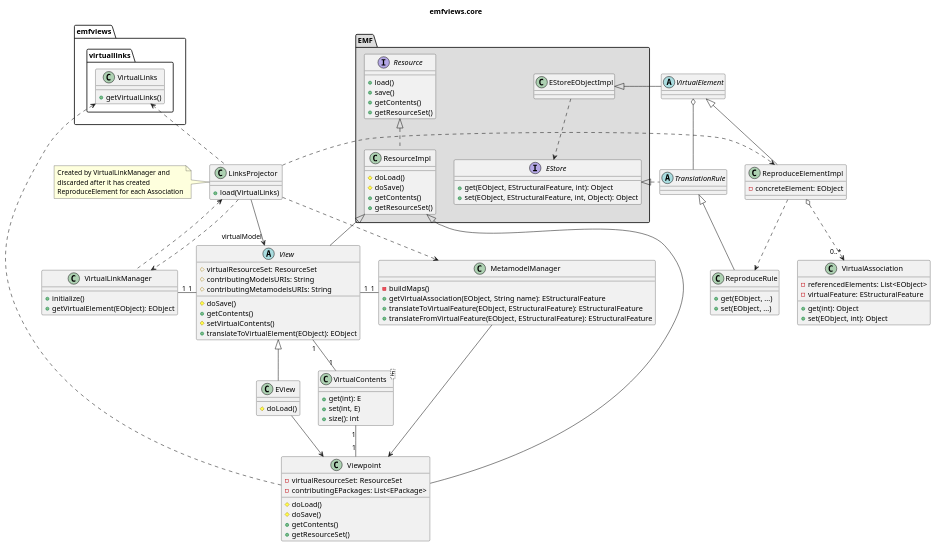
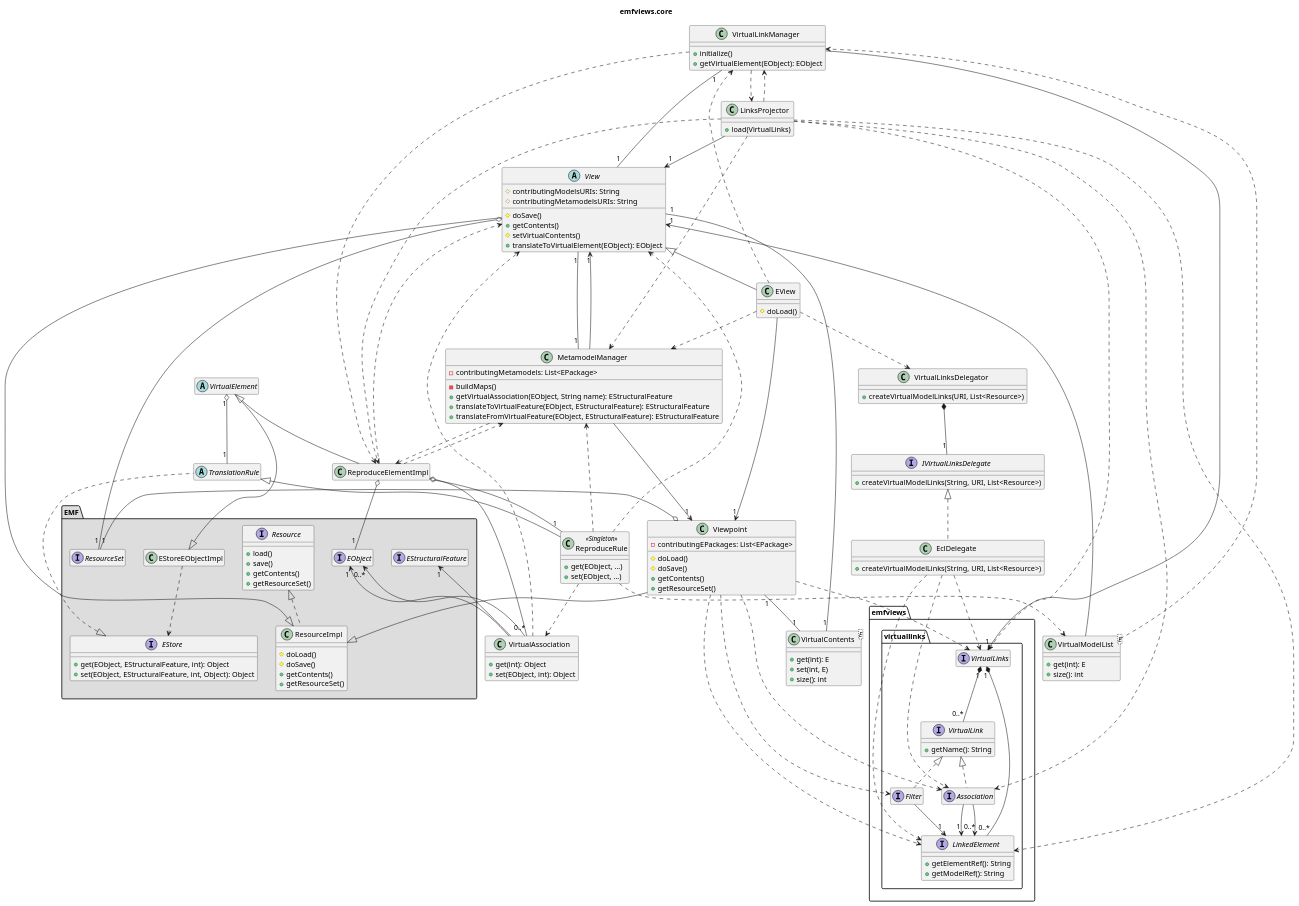
Before and after one commit to fmdkdd/monoge: the first of 2 diagrams in doc/eview.iuml, drawn with PlantUML. The commit also changed 1 other file, not shown here.

Commit message:
Flesh out UML class diagram
Yeah it's messy.

```diff
--- a/doc/eview.iuml
+++ b/doc/eview.iuml
@@ -29,8 +29,23 @@
     +set(EObject, EStructuralFeature, int, Object): Object
   }
 
+  interface EObject {
+  }
+
+  interface EStructuralFeature {
+  }
+
+  interface ResourceSet {
+  }
+
 }
 
+hide EObject members
+hide EStructuralFeature members
+hide EStoreEObjectImpl members
+hide ResourceSet members
+
+Resource <|.. ResourceImpl
 EStoreEObjectImpl ..> EStore
 
 '~~~~~~~~~~~~~~~~~~~~~~~~~~~~~~~~~~~~~~~~~~~~~~~~~~~~~~~~~~~~~~~~~~~~~~~~~~~~
@@ -38,17 +53,106 @@
 
 package emfviews.virtuallinks {
 
-  class VirtualLinks {
-    +getVirtualLinks()
+  interface VirtualLinks {
+  }
+
+  interface VirtualLink {
+    +getName(): String
+  }
+
+  interface Filter {
+  }
+
+  interface Association {
+  }
+
+  interface LinkedElement {
+    +getElementRef(): String
+    +getModelRef(): String
   }
 
 }
 
+hide VirtualLinks members
+hide Filter members
+hide Association members
+
+VirtualLinks "1" *-- "0..*" VirtualLink   /': virtualLinks '/
+VirtualLinks "1" *-- "0..*" LinkedElement /': linkedElements '/
+
+VirtualLink <|.. Association
+VirtualLink <|.. Filter
+
+Association --> "1" LinkedElement    /' : sourceElement '/
+Association --> "0..*" LinkedElement /' : targetElements '/
+
+Filter --> "1" LinkedElement    /' : filteredElement '/
+
+/' hide VirtualLinks   '/
+
 '~~~~~~~~~~~~~~~~~~~~~~~~~~~~~~~~~~~~~~~~~~~~~~~~~~~~~~~~~~~~~~~~~~~~~~~~~~~~
-' EMFViews package
+' EMFViews.elements/rules
+
+abstract class VirtualElement {
+}
+
+class ReproduceElementImpl {
+}
+
+class VirtualAssociation {
+  +get(int): Object
+  +set(EObject, int): Object
+}
+
+abstract class TranslationRule {
+}
+
+class ReproduceRule <<Singleton>> {
+  +get(EObject, ...)
+  +set(EObject, ...)
+}
+
+class VirtualModelList<E> {
+  +get(int): E
+  +size(): int
+}
+
+
+hide VirtualElement members
+hide ReproduceElementImpl members
+hide TranslationRule members
+
+EStoreEObjectImpl <|-- VirtualElement
+VirtualElement <|-- ReproduceElementImpl
+VirtualElement "1" o-- "1" TranslationRule /' : translationRule '/
+
+ReproduceElementImpl o-- "1" EObject               /' : concreteElement '/
+ReproduceElementImpl o-- "0..*" VirtualAssociation /' : virtualAssociations '/
+ReproduceElementImpl o-- "1" ReproduceRule         /' : translationRule '/
+ReproduceElementImpl ..> View
+ReproduceElementImpl ..> MetamodelManager
+/' ReproduceElementImpl ..> EStructuralFeature '/
+
+VirtualAssociation --> "1" EObject            /' : container '/
+VirtualAssociation --> "0..*" EObject         /' : referencedElements '/
+VirtualAssociation --> "1" EStructuralFeature /' : virtualFeature '/
+VirtualAssociation ..> View
+
+EStore <|.. TranslationRule
+TranslationRule <|-- ReproduceRule
+
+ReproduceRule ..> View
+ReproduceRule ..> MetamodelManager
+ReproduceRule ..> VirtualModelList
+ReproduceRule ..> VirtualAssociation
+
+VirtualModelList --> "1" View   /' : virtualModel '/
+VirtualModelList ..> VirtualLinkManager
+
+'~~~~~~~~~~~~~~~~~~~~~~~~~~~~~~~~~~~~~~~~~~~~~~~~~~~~~~~~~~~~~~~~~~~~~~~~~~~~
+' EMFViews.core
 
 abstract class View {
-  #virtualResourceSet: ResourceSet
   #contributingModelsURIs: String
   #contributingMetamodelsURIs: String
   #doSave()
@@ -58,7 +162,6 @@
 }
 
 class Viewpoint {
-  -virtualResourceSet: ResourceSet
   -contributingEPackages: List<EPackage>
   #doLoad()
   #doSave()
@@ -76,6 +179,7 @@
 }
 
 class MetamodelManager {
+  -contributingMetamodels: List<EPackage>
   -buildMaps()
   +getVirtualAssociation(EObject, String name): EStructuralFeature
   +translateToVirtualFeature(EObject, EStructuralFeature): EStructuralFeature
@@ -86,11 +190,25 @@
   +load(VirtualLinks)
 }
 
-note left
-  Created by VirtualLinkManager and
-  discarded after it has created
-  ReproduceElement for each Association
-end note
+class VirtualLinksDelegator {
+  +createVirtualModelLinks(URI, List<Resource>)
+}
+
+interface IVirtualLinksDelegate {
+  +createVirtualModelLinks(String, URI, List<Resource>)
+}
+
+class EclDelegate {
+  +createVirtualModelLinks(String, URI, List<Resource>)
+}
+
+/'
+ ' note left
+ '   Created by VirtualLinkManager and
+ '   discarded after it has created
+ '   ReproduceElement for each Association
+ ' end note
+ '/
 
 class VirtualContents<E> {
   +get(int): E
@@ -98,69 +216,51 @@
   +size(): int
 }
 
-class ReproduceElementImpl {
-  -concreteElement: EObject
-}
-
-class VirtualAssociation {
-  -referencedElements: List<EObject>
-  -virtualFeature: EStructuralFeature
-  +get(int): Object
-  +set(EObject, int): Object
-}
-
-abstract class VirtualElement {
-}
-
-abstract class TranslationRule {
-}
-
-class ReproduceRule {
-  +get(EObject, ...)
-  +set(EObject, ...)
-
-}
-
-'~~~~~~~~~~~~~~~~~~~~~~~~~~~~~~~~~~~~~~~~~~~~~~~~~~~~~~~~~~~~~~~~~~~~~~~~~~~~
+'~~~~~~~~~~~~~~~~~~~~~~~~~~~~~~~~~~~~~~~~~~~
 ' Relationships
 
-Resource <|.. ResourceImpl
 ResourceImpl <|-- View
+View "1" -left "1" VirtualLinkManager
+View "1" -right "1" MetamodelManager
+View "1" -- "1" VirtualContents
+View o-- "1" ResourceSet
 
 View <|-- EView
-View "1" -left "1" VirtualLinkManager
-View "1" -right "1" MetamodelManager
+EView --> "1" Viewpoint              /' : viewpoint '/
+EView ..> VirtualLinkManager
+EView ..> MetamodelManager
+EView ..> VirtualLinksDelegator
 
-View "1" -- "1" VirtualContents
+VirtualLinksDelegator *-- "1" IVirtualLinksDelegate
 
-EView -[hidden]right- VirtualContents
+IVirtualLinksDelegate <|.. EclDelegate
+
+EclDelegate ..> VirtualLinks
+EclDelegate ..> Association
+EclDelegate ..> LinkedElement
 
 ResourceImpl <|-- Viewpoint
-MetamodelManager --> Viewpoint
+Viewpoint o-- "1" ResourceSet   /' : virtualResourceSet '/
+Viewpoint "1" -- "1" VirtualContents
+Viewpoint ..> VirtualLinks
+Viewpoint ..> Association
+Viewpoint ..> LinkedElement
+Viewpoint ..> Filter
 
-EView -> Viewpoint
+MetamodelManager --> "1" Viewpoint /' viewpoint '/
+MetamodelManager --> "1" View /' virtualModel '/
+MetamodelManager ..> ReproduceElementImpl
 
-VirtualContents "1" -- "1" Viewpoint
+VirtualLinkManager --> "1" VirtualLinks /' weavingModel '/
+VirtualLinkManager ..> ReproduceElementImpl
+VirtualLinkManager ..> LinksProjector
 
-Viewpoint ..> VirtualLinks
-
-LinksProjector --> "virtualModel" View
-LinksProjector <.. VirtualLinkManager
+LinksProjector --> "1" View     /'virtualModel '/
 LinksProjector ..> VirtualLinkManager
 LinksProjector ..> MetamodelManager
-VirtualLinks <.. LinksProjector
-LinksProjector .> ReproduceElementImpl
-
-VirtualElement <|-- ReproduceElementImpl
-
-VirtualElement -left|> EStoreEObjectImpl
-
-VirtualElement o-- TranslationRule
-
-EStore <|. TranslationRule
-TranslationRule <|-- ReproduceRule
-
-ReproduceElementImpl o..> "0..*" VirtualAssociation
-ReproduceElementImpl ..> ReproduceRule
+LinksProjector ..> VirtualLinks
+LinksProjector ..> Association
+LinksProjector ..> LinkedElement
+LinksProjector ..> ReproduceElementImpl
 
 @enduml
```
